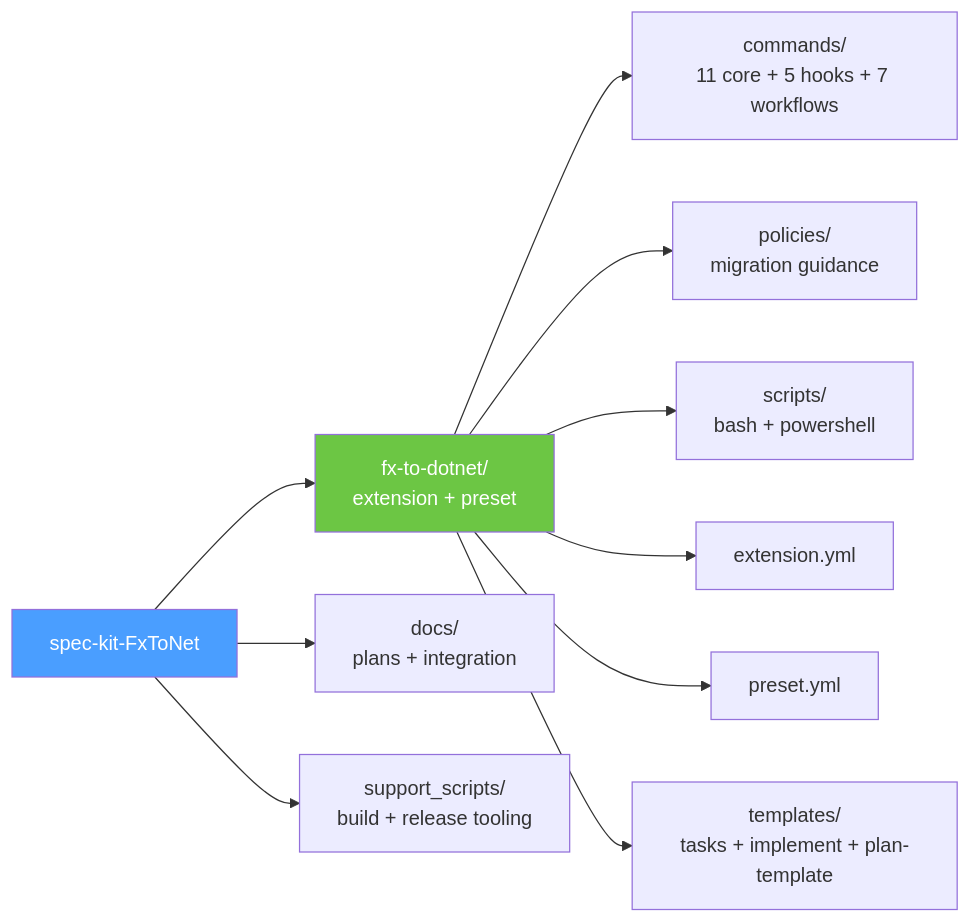
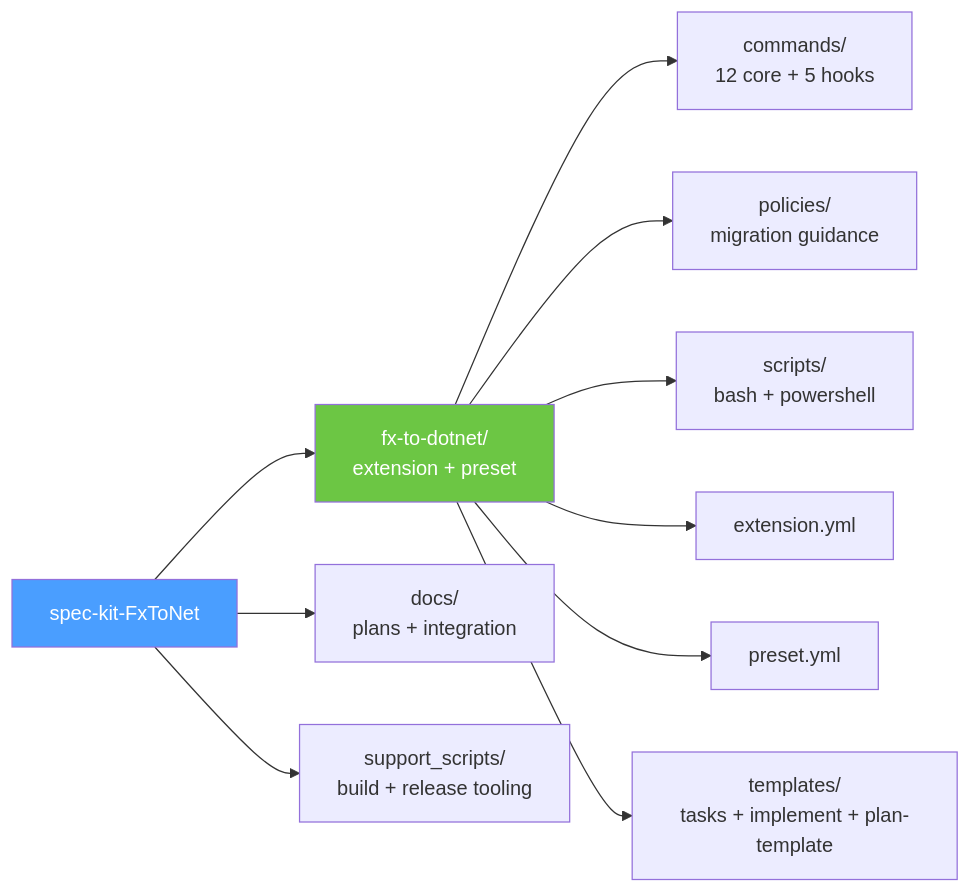
One commit to RogerBestMsft/spec-kit-FxToNet changed the first of 5 diagrams in README.md. Above: the diagram before and after it, drawn with Mermaid. The commit also changed other lines of this file and 23 other files, not shown here.

````diff
--- a/README.md
+++ b/README.md
@@ -14,17 +14,17 @@
 ```mermaid
 graph LR
     Root[spec-kit-FxToNet]
     Root --> Ext[fx-to-dotnet/<br/>extension + preset]
     Root --> Docs[docs/<br/>plans + integration]
     Root --> Sup[support_scripts/<br/>build + release tooling]
 
-    Ext --> Cmds[commands/<br/>11 core + 5 hooks + 7 workflows]
+    Ext --> Cmds[commands/<br/>12 core + 5 hooks]
     Ext --> Pol[policies/<br/>migration guidance]
     Ext --> Scr[scripts/<br/>bash + powershell]
     Ext --> Manifest[extension.yml]
     Ext --> PreManifest[preset.yml]
     Ext --> Tpl[templates/<br/>tasks + implement + plan-template]
 
     style Root fill:#4a9eff,color:#fff
     style Ext fill:#6cc644,color:#fff
 ```
````
